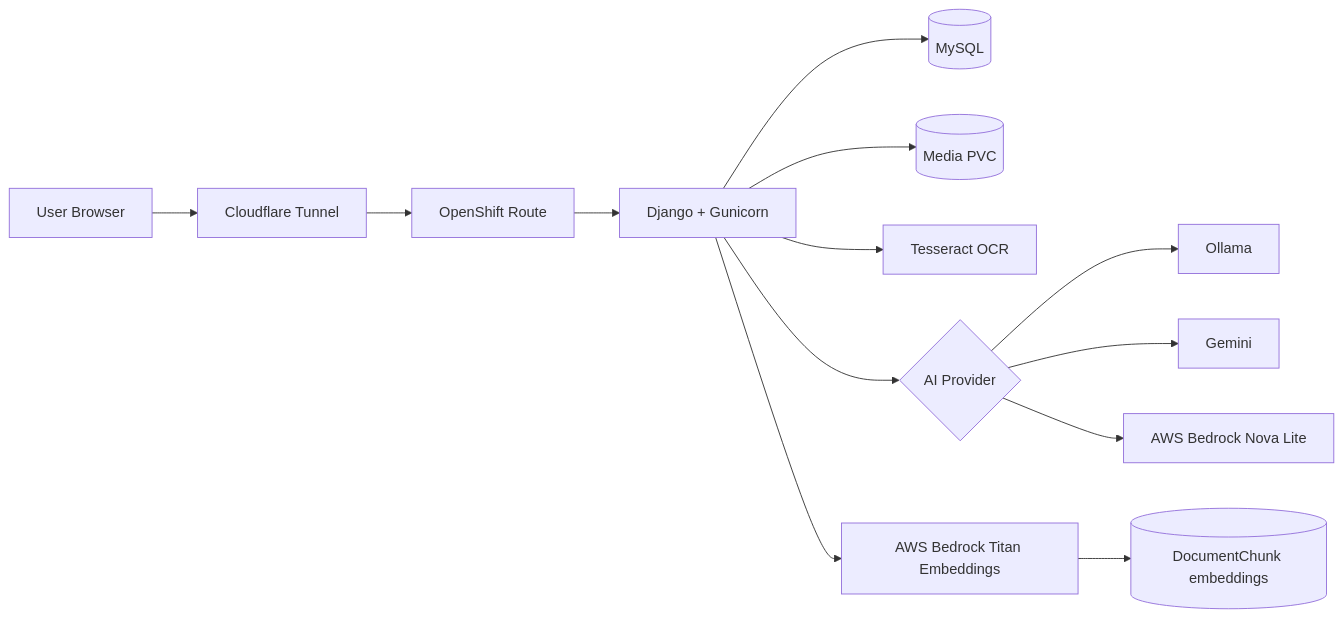
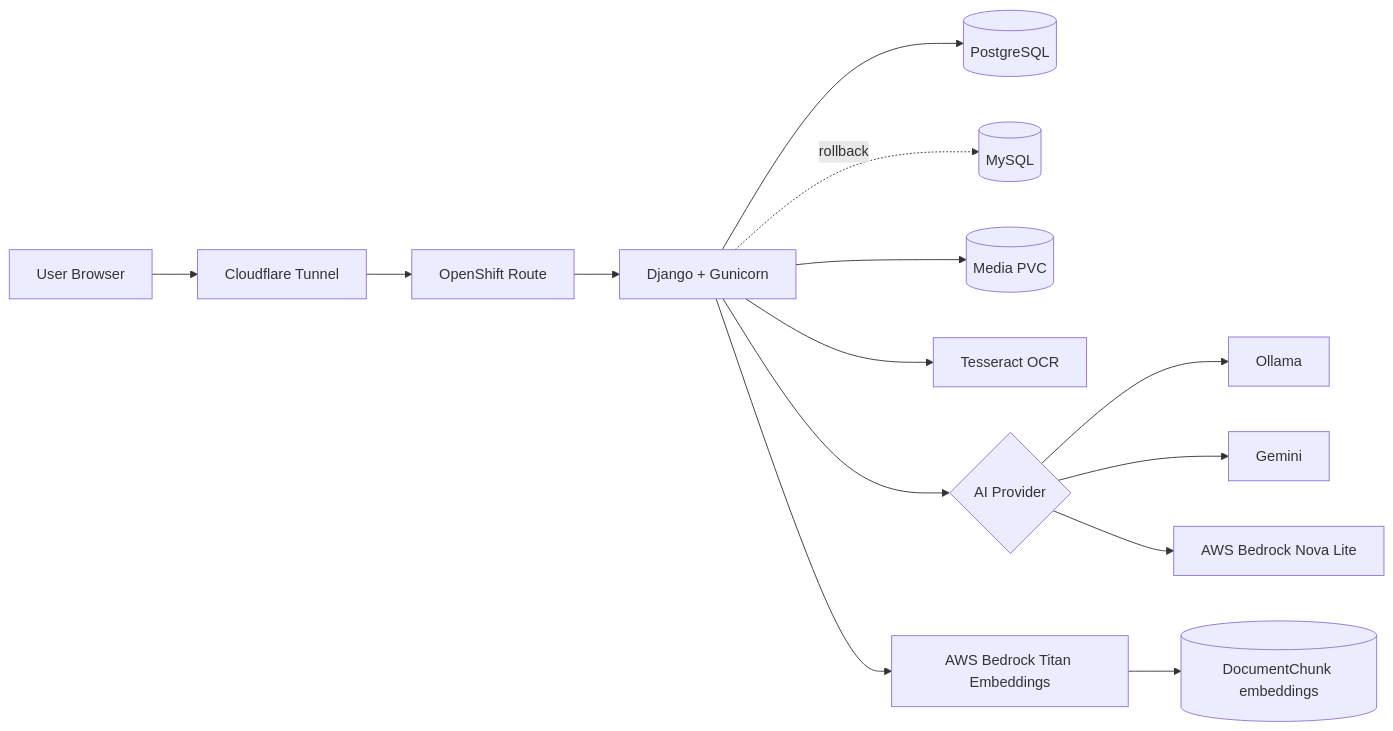
The diagram in README.md (khaliqueaws-creator/document-management), drawn with Mermaid before and after one commit. The commit also changed other lines of this file and 5 other files, not shown here.

Commit message:
Make PostgreSQL the active OpenShift database

````diff
--- a/README.md
+++ b/README.md
@@ -23,19 +23,20 @@
 ```mermaid
 flowchart LR
     Browser[User Browser] --> Cloudflare[Cloudflare Tunnel]
     Cloudflare --> OpenShift[OpenShift Route]
     OpenShift --> Django[Django + Gunicorn]
 
-    Django --> MySQL[(MySQL)]
+    Django --> PostgreSQL[(PostgreSQL)]
+    Django -. rollback .-> MySQL[(MySQL)]
     Django --> Storage[(Media PVC)]
 
     Django --> OCR[Tesseract OCR]
 
     Django --> AI{AI Provider}
     AI --> Ollama[Ollama]
     AI --> Gemini[Gemini]
     AI --> Bedrock[AWS Bedrock Nova Lite]
 
     Django --> Embeddings[AWS Bedrock Titan Embeddings]
     Embeddings --> Chunks[(DocumentChunk embeddings)]
 ```
````
